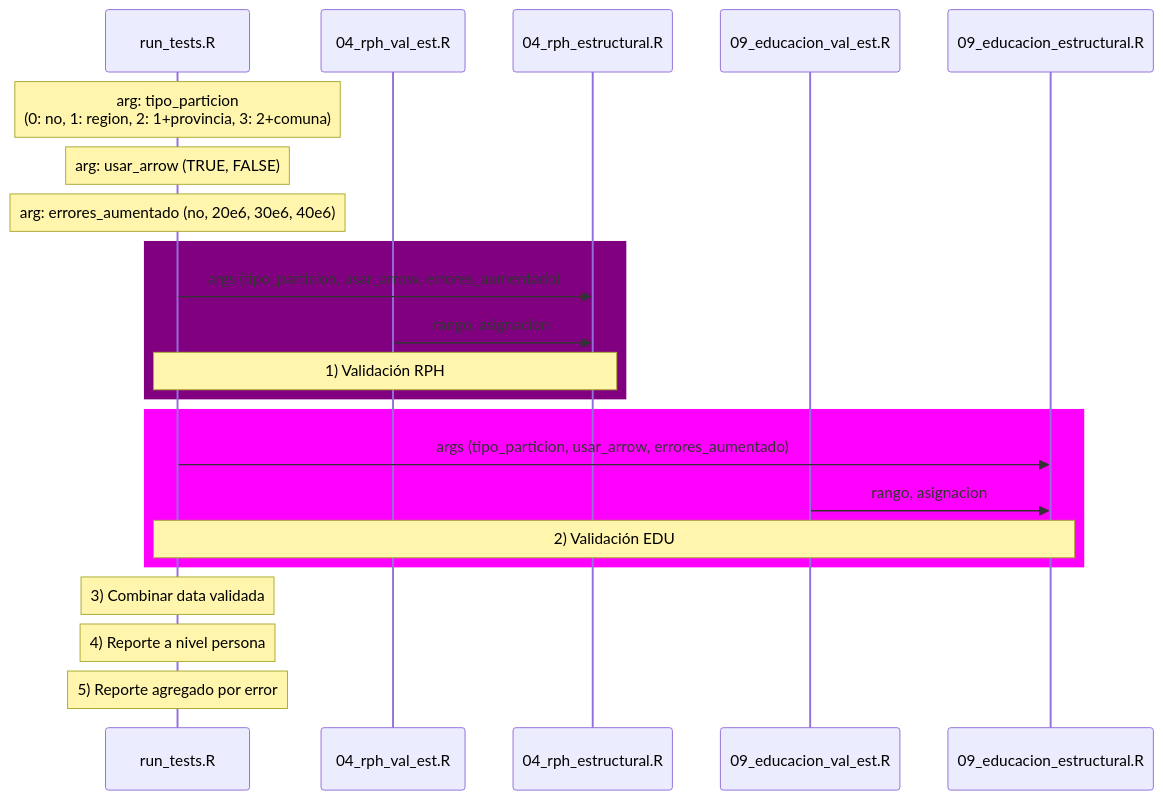
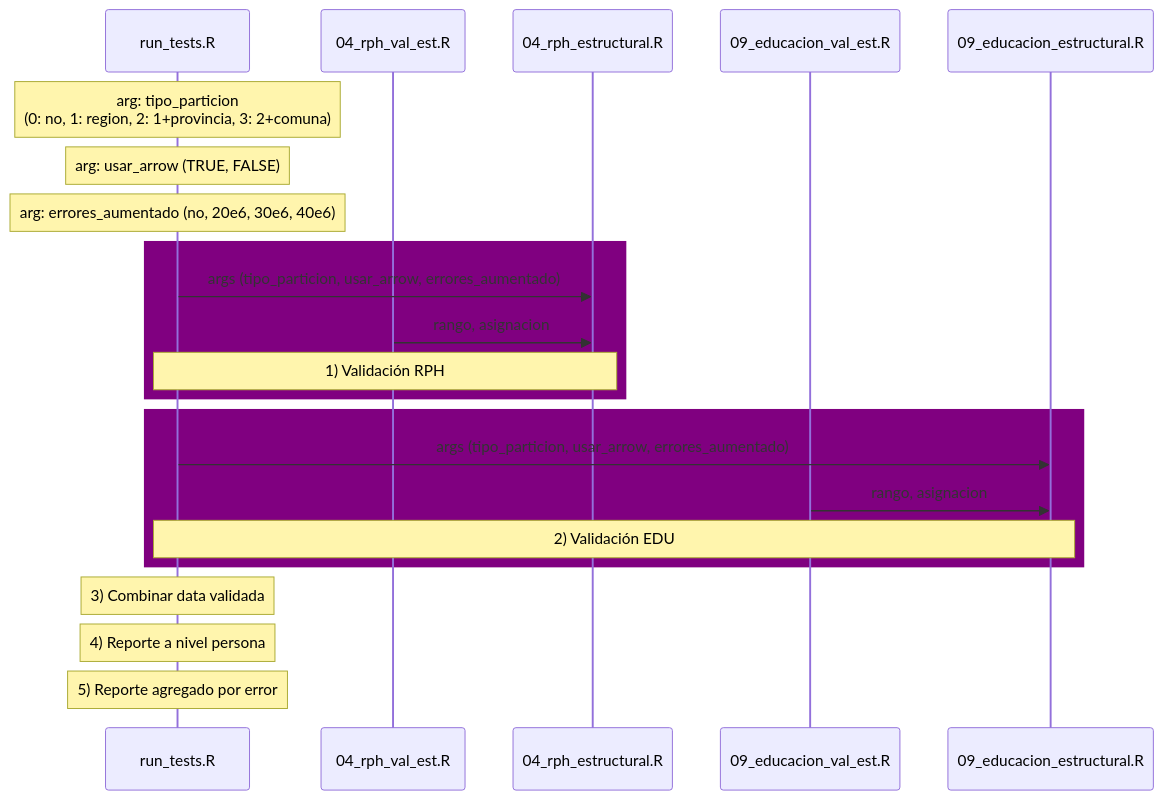
The diagram in README.md (mentoria-censo/eficiencia-censo-validacion), drawn with Mermaid before and after one commit.

Commit message:
se actualizó README

````diff
--- a/README.md
+++ b/README.md
@@ -22,24 +22,24 @@
 ```mermaid
 sequenceDiagram
   participant run as run_tests.R
   participant rph_val as 04_rph_val_est.R  
   participant rph as 04_rph_estructural.R
   participant edu_val as 09_educacion_val_est.R  
   participant edu as 09_educacion_estructural.R
   Note over run: arg: tipo_particion <br> (0: no, 1: region, 2: 1+provincia, 3: 2+comuna) 
   Note over run: arg: usar_arrow (TRUE, FALSE)
   Note over run: arg: errores_aumentado (no, 20e6, 30e6, 40e6)
   rect rgb(128,0,128)
   run ->> rph: args (tipo_particion, usar_arrow, errores_aumentado)
   rph_val ->> rph: rango, asignacion
   Note over run,rph: 1) Validación RPH
   end
-  rect rgb(255,0,255)
+  rect rgb(128,0,128)
   run ->> edu: args (tipo_particion, usar_arrow, errores_aumentado)
   edu_val ->> edu: rango, asignacion
   Note over run,edu: 2) Validación EDU  
   end
   Note over run: 3) Combinar data validada
   Note over run: 4) Reporte a nivel persona
   Note over run: 5) Reporte agregado por error      
 ```
````
